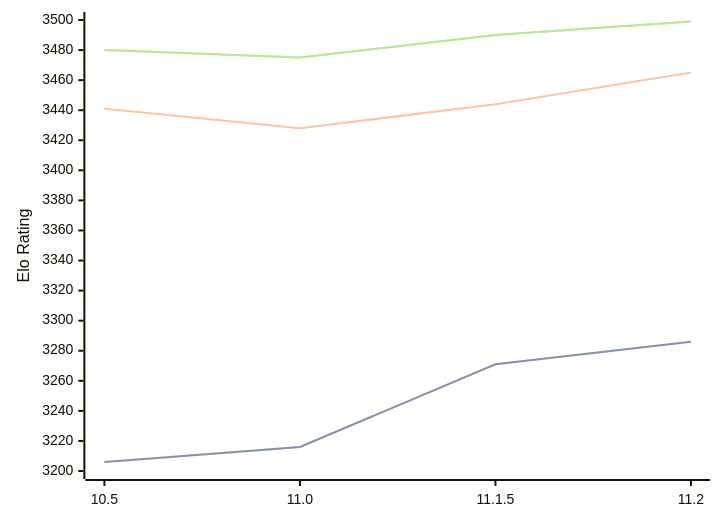
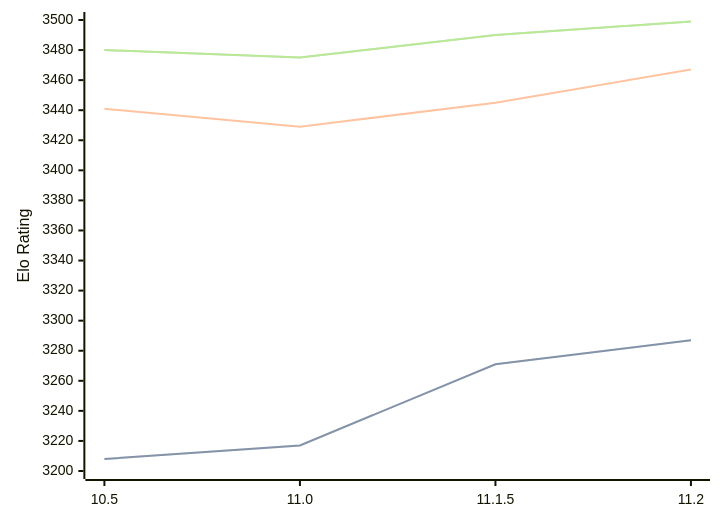
The first of 3 diagrams in engines/Lizard.md (computer-chess-index/cci), drawn with Mermaid before and after one commit. The commit also changed other lines of this file, not shown here.

````diff
--- a/engines/Lizard.md
+++ b/engines/Lizard.md
@@ -46,11 +46,11 @@
 ```mermaid
 %%{init: {"theme":"base","themeVariables":{"seriesColors:['#a3a3a3','#222221','#faa371']}}}%%
 xychart-beta
   x-axis ["10.5", "11.0", "11.1.5", "11.2"]
   y-axis "Elo Rating" 3200 --> 3500
-  line "STC (8.0+0.08s)" [3206, 3216, 3271, 3286]
-  line "STC (8.0+0.08s)" [3206, 3216, 3271, 3286]
-  line "LTC (60.0+0.60s)" [3441, 3428, 3444, 3465]
+  line "STC (8.0+0.08s)" [3208, 3217, 3271, 3287]
+  line "STC (8.0+0.08s)" [3208, 3217, 3271, 3287]
+  line "LTC (60.0+0.60s)" [3441, 3429, 3445, 3467]
   line "VLTC (2m24s+1.12s)" [3480, 3475, 3490, 3499]
   line "VLTC (2m24s+1.12s)" [3480, 3475, 3490, 3499]
 ```
````
